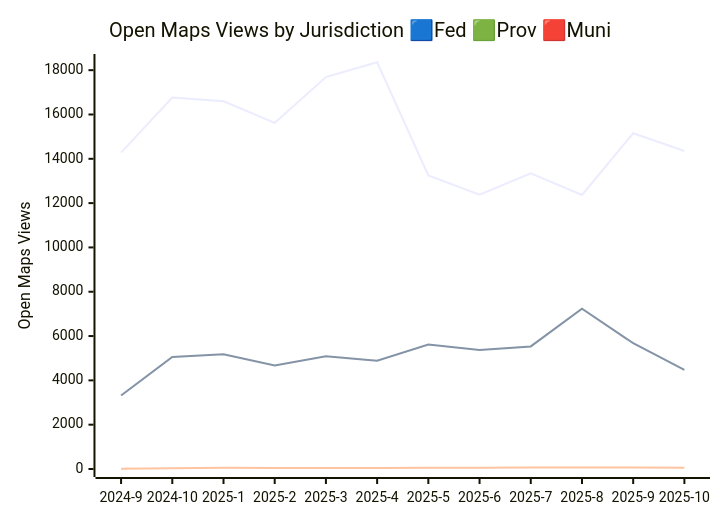
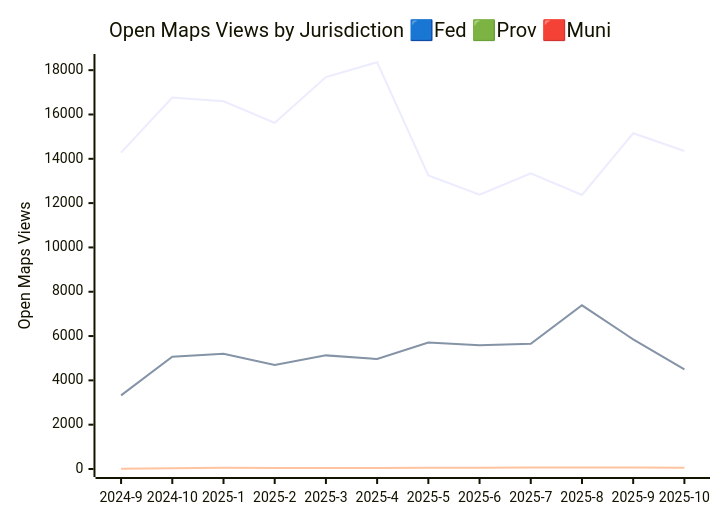
Before and after one commit to PatLittle/analytics-corporate-reporting: the third of 3 diagrams in JURISDICTION_ANALYTICS_REPORT/readme.md, drawn with Mermaid. The commit also changed other lines of this file and 3 other files, not shown here.

````diff
--- a/JURISDICTION_ANALYTICS_REPORT/readme.md
+++ b/JURISDICTION_ANALYTICS_REPORT/readme.md
@@ -42,10 +42,10 @@
 ```mermaid
 
 xychart-beta
     title "Open Maps Views by Jurisdiction 🟦Fed 🟩Prov 🟥Muni"
     x-axis [2024-9, 2024-10, 2025-1, 2025-2, 2025-3, 2025-4, 2025-5, 2025-6, 2025-7, 2025-8, 2025-9, 2025-10]
     y-axis "Open Maps Views" 0 --> 18369
     line [14281, 16769, 16596, 15623, 17687, 18359, 13250, 12379, 13343, 12366, 15153, 14355]
-    line [3316, 5057, 5176, 4674, 5088, 4890, 5620, 5368, 5532, 7233, 5678, 4473]
+    line [3325, 5070, 5201, 4695, 5128, 4963, 5707, 5582, 5648, 7388, 5851, 4493]
     line [14, 36, 52, 45, 47, 42, 52, 51, 71, 72, 68, 55]
 ```
````
